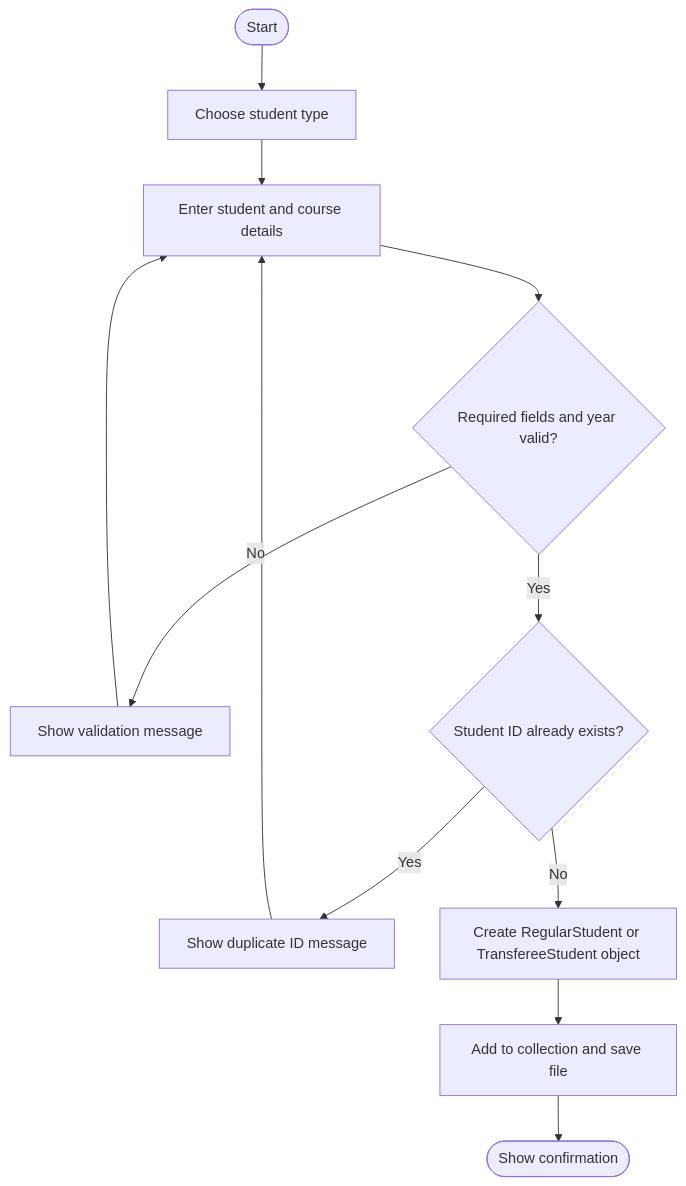
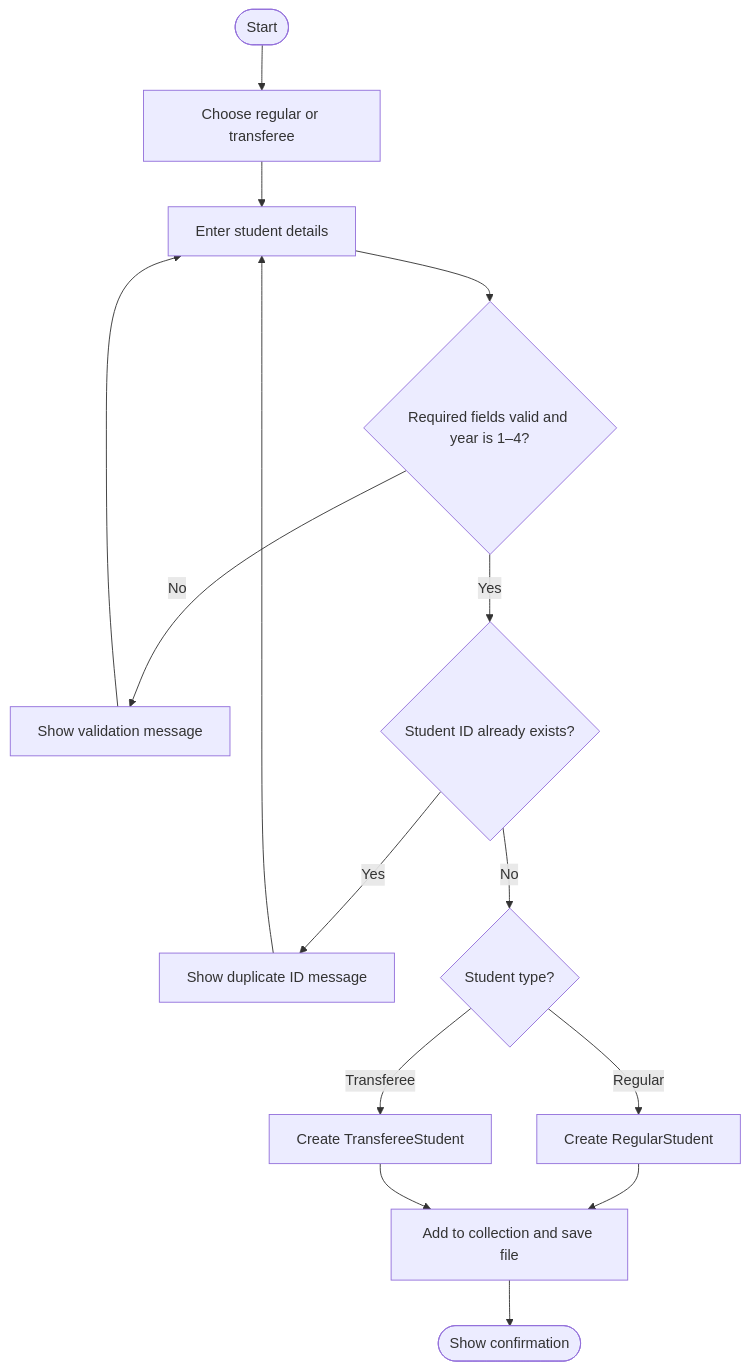
Before and after one commit to ja3h1/Student-System-Information: the third of 4 diagrams in UML_DESIGN.md, drawn with Mermaid. The commit also changed other lines of this file and 15 other files, not shown here.

````diff
--- a/UML_DESIGN.md
+++ b/UML_DESIGN.md
@@ -35,14 +71,17 @@
 ```mermaid
 flowchart TD
-    Start([Start]) --> Choose[Choose student type]
-    Choose --> Enter[Enter student and course details]
-    Enter --> Valid{Required fields and year valid?}
+    Start([Start]) --> Choose[Choose regular or transferee]
+    Choose --> Enter[Enter student details]
+    Enter --> Valid{Required fields valid and year is 1–4?}
     Valid -- No --> Error[Show validation message]
     Error --> Enter
     Valid -- Yes --> Exists{Student ID already exists?}
     Exists -- Yes --> Duplicate[Show duplicate ID message]
     Duplicate --> Enter
-    Exists -- No --> Create[Create RegularStudent or TransfereeStudent object]
-    Create --> Save[Add to collection and save file]
+    Exists -- No --> Type{Student type?}
+    Type -- Regular --> Regular[Create RegularStudent]
+    Type -- Transferee --> Transferee[Create TransfereeStudent]
+    Regular --> Save[Add to collection and save file]
+    Transferee --> Save
     Save --> Done([Show confirmation])
 ```
````
